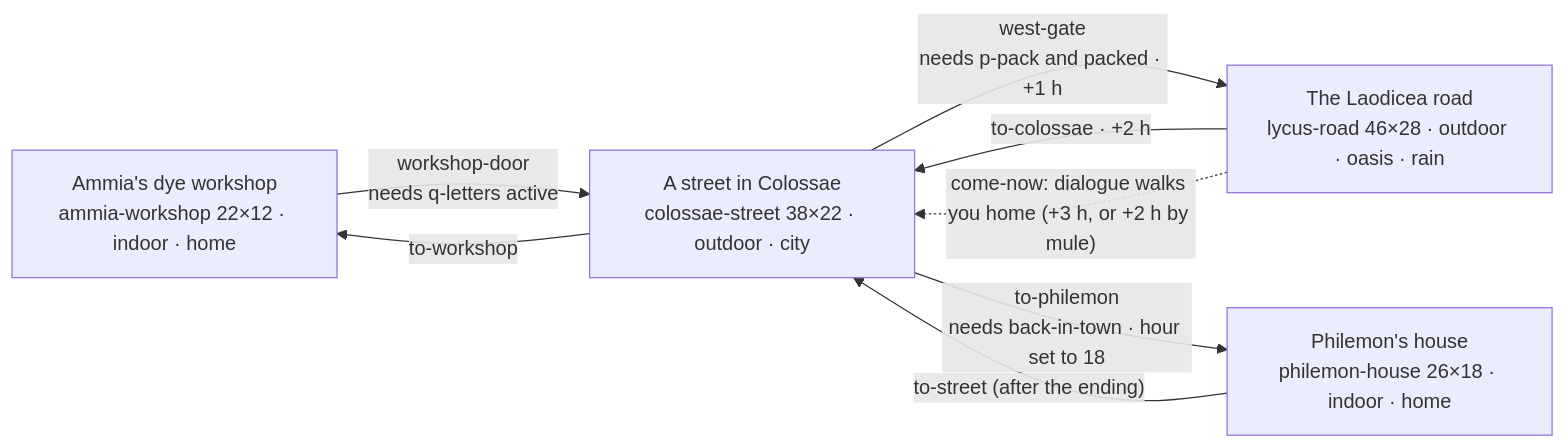
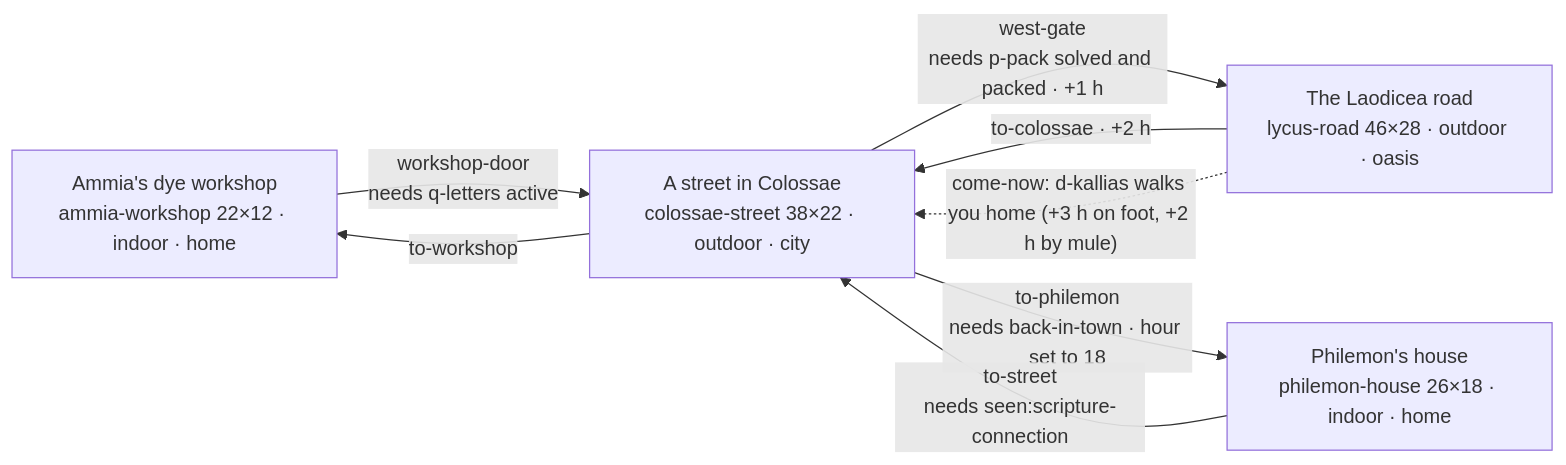
The diagram in docs/chapters/letter-from-paul.md (Zac-Harlan-Lee-Enterprises/witness), drawn with Mermaid before and after one commit. The commit also changed other lines of this file and 7 other files, not shown here.

````diff
--- a/docs/chapters/letter-from-paul.md
+++ b/docs/chapters/letter-from-paul.md
@@ -48,10 +49,10 @@
 ```mermaid
 flowchart LR
   W["Ammia's dye workshop<br/>ammia-workshop 22×12 · indoor · home"] -- "workshop-door<br/>needs q-letters active" --> S["A street in Colossae<br/>colossae-street 38×22 · outdoor · city"]
   S -- "to-workshop" --> W
-  S -- "west-gate<br/>needs p-pack and packed · +1 h" --> R["The Laodicea road<br/>lycus-road 46×28 · outdoor · oasis · rain"]
+  S -- "west-gate<br/>needs p-pack solved and packed · +1 h" --> R["The Laodicea road<br/>lycus-road 46×28 · outdoor · oasis"]
   R -- "to-colossae · +2 h" --> S
-  R -. "come-now: dialogue walks you home (+3 h, or +2 h by mule)" .-> S
+  R -. "come-now: d-kallias walks you home (+3 h on foot, +2 h by mule)" .-> S
   S -- "to-philemon<br/>needs back-in-town · hour set to 18" --> H["Philemon's house<br/>philemon-house 26×18 · indoor · home"]
-  H -- "to-street (after the ending)" --> S
+  H -- "to-street<br/>needs seen:scripture-connection" --> S
 ```
````
